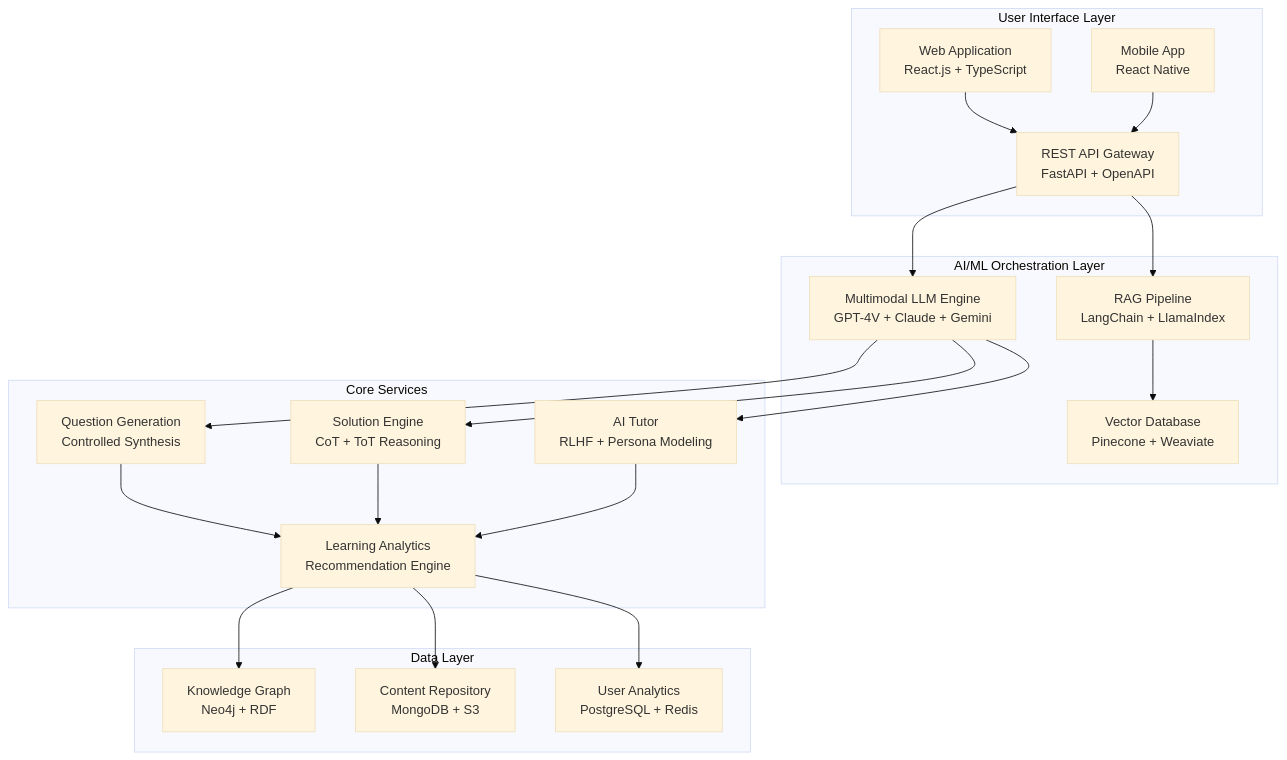
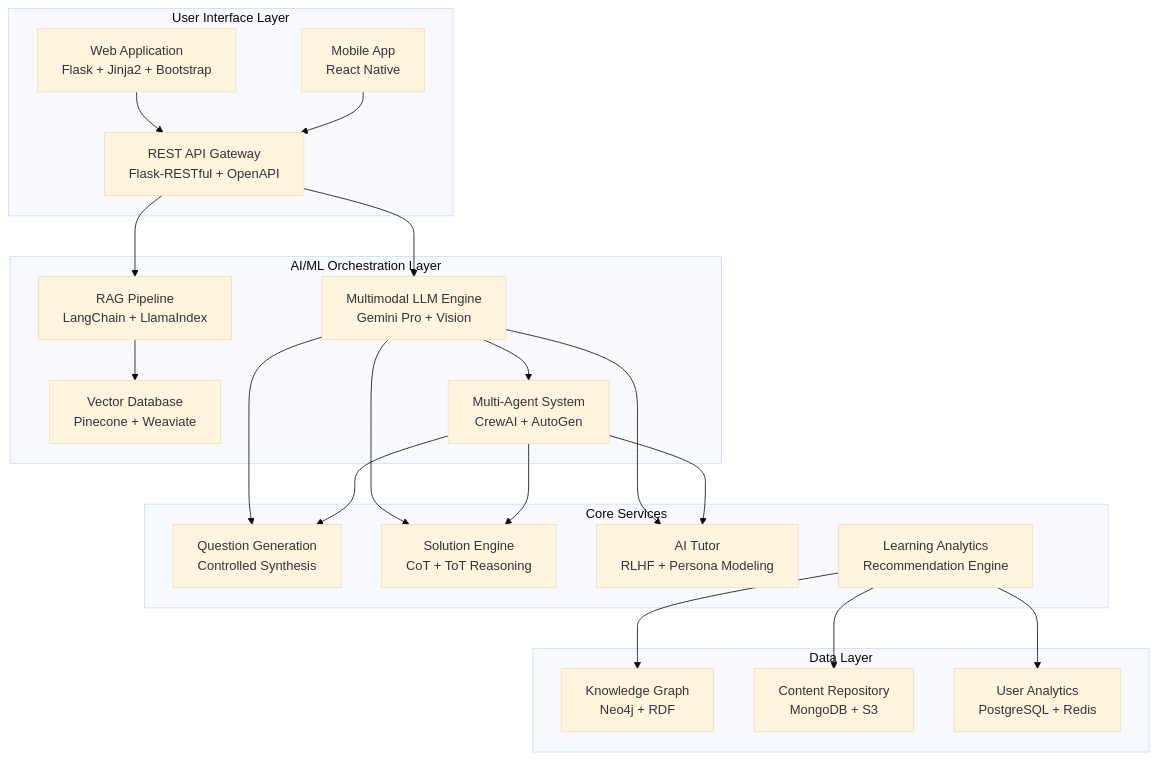
Before and after one commit to SaurabMishra12/Step-Mentor0: the first of 4 diagrams in README.md, drawn with Mermaid (base theme). The commit also changed other lines of this file, not shown here.

````diff
--- a/README.md
+++ b/README.md
@@ -23,42 +25,44 @@
 ```mermaid
 graph TB
     subgraph "User Interface Layer"
-        UI[Web Application<br/>React.js + TypeScript]
+        UI[Web Application<br/>Flask + Jinja2 + Bootstrap]
         Mobile[Mobile App<br/>React Native]
-        API[REST API Gateway<br/>FastAPI + OpenAPI]
+        API[REST API Gateway<br/>Flask-RESTful + OpenAPI]
     end
     
     subgraph "AI/ML Orchestration Layer"
-        LLM[Multimodal LLM Engine<br/>GPT-4V + Claude + Gemini]
+        LLM[Multimodal LLM Engine<br/>Gemini Pro + Vision]
         RAG[RAG Pipeline<br/>LangChain + LlamaIndex]
         VectorDB[Vector Database<br/>Pinecone + Weaviate]
+        Agents[Multi-Agent System<br/>CrewAI + AutoGen]
     end
     
     subgraph "Core Services"
         QGen[Question Generation<br/>Controlled Synthesis]
         Solver[Solution Engine<br/>CoT + ToT Reasoning]
         Tutor[AI Tutor<br/>RLHF + Persona Modeling]
         Analytics[Learning Analytics<br/>Recommendation Engine]
     end
     
     subgraph "Data Layer"
         KG[Knowledge Graph<br/>Neo4j + RDF]
         Content[Content Repository<br/>MongoDB + S3]
         UserData[User Analytics<br/>PostgreSQL + Redis]
     end
     
     UI --> API
     Mobile --> API
     API --> LLM
     API --> RAG
     LLM --> QGen
     LLM --> Solver
     LLM --> Tutor
+    LLM --> Agents
     RAG --> VectorDB
-    QGen --> Analytics
-    Solver --> Analytics
-    Tutor --> Analytics
+    Agents --> QGen
+    Agents --> Solver
+    Agents --> Tutor
     Analytics --> KG
     Analytics --> Content
     Analytics --> UserData
 ```
````
